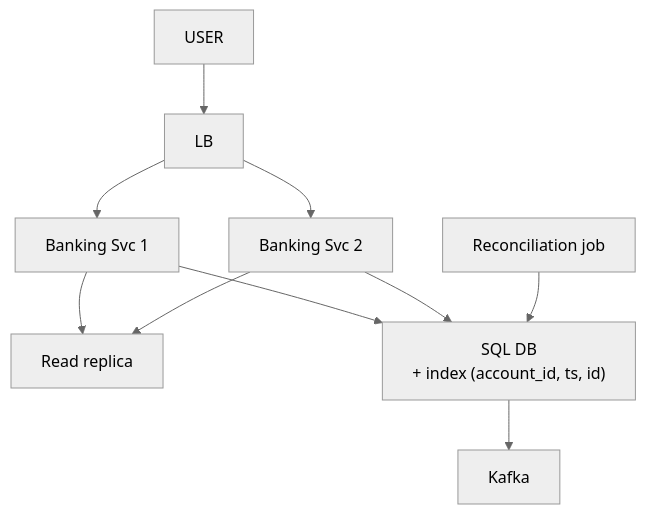
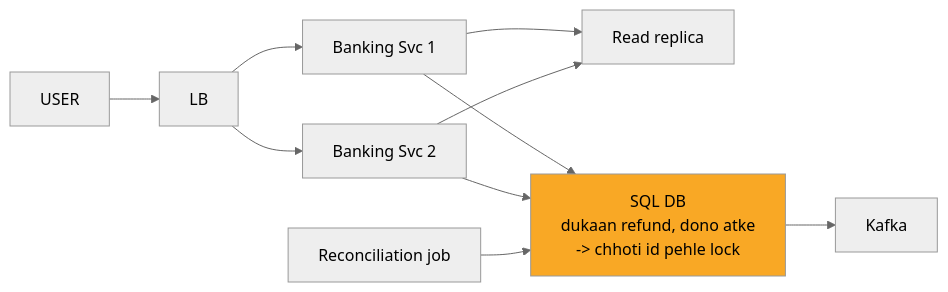
Before and after one commit to ArpanMaheshwari144/Prep: the tenth of 13 diagrams in 04_HLD/SYSTEM_DESIGNS/13_banking_system/13_banking_system.md, drawn with Mermaid (neutral theme). The commit also changed other lines of this file and 2 other files, not shown here.

Commit message:
docs, kafka, banking: one-day story, short cards, follow-ups with rules, highlighted diagrams

````diff
--- a/04_HLD/SYSTEM_DESIGNS/13_banking_system/13_banking_system.md
+++ b/04_HLD/SYSTEM_DESIGNS/13_banking_system/13_banking_system.md
@@ -357,20 +329,21 @@
 ```mermaid
-flowchart TD
+flowchart LR
     n_USER["USER"]
     n_LB["LB"]
-    n_Banking_Svc_x_N_1["Banking Svc 1"]
-    n_Banking_Svc_x_N_2["Banking Svc 2"]
-    n_Read_replica["Read replica"]
-    n_SQL_DB["SQL DB<br/>+ index (account_id, ts, id)"]
-    n_Kafka["Kafka"]
-    n_Reconciliation_job["Reconciliation job"]
+    n_S1["Banking Svc 1"]
+    n_S2["Banking Svc 2"]
+    n_RR["Read replica"]
+    n_DB["SQL DB<br/>dukaan refund, dono atke<br/>-> chhoti id pehle lock"]
+    n_K["Kafka"]
+    n_REC["Reconciliation job"]
     n_USER --> n_LB
-    n_LB --> n_Banking_Svc_x_N_1
-    n_LB --> n_Banking_Svc_x_N_2
-    n_Banking_Svc_x_N_1 --> n_Read_replica
-    n_Banking_Svc_x_N_2 --> n_Read_replica
-    n_Banking_Svc_x_N_1 --> n_SQL_DB
-    n_Banking_Svc_x_N_2 --> n_SQL_DB
-    n_SQL_DB --> n_Kafka
-    n_Reconciliation_job --> n_SQL_DB
+    n_LB --> n_S1
+    n_LB --> n_S2
+    n_S1 --> n_RR
+    n_S2 --> n_RR
+    n_S1 --> n_DB
+    n_S2 --> n_DB
+    n_DB --> n_K
+    n_REC --> n_DB
+    style n_DB fill:#f9a825,color:#000
 ```
````
